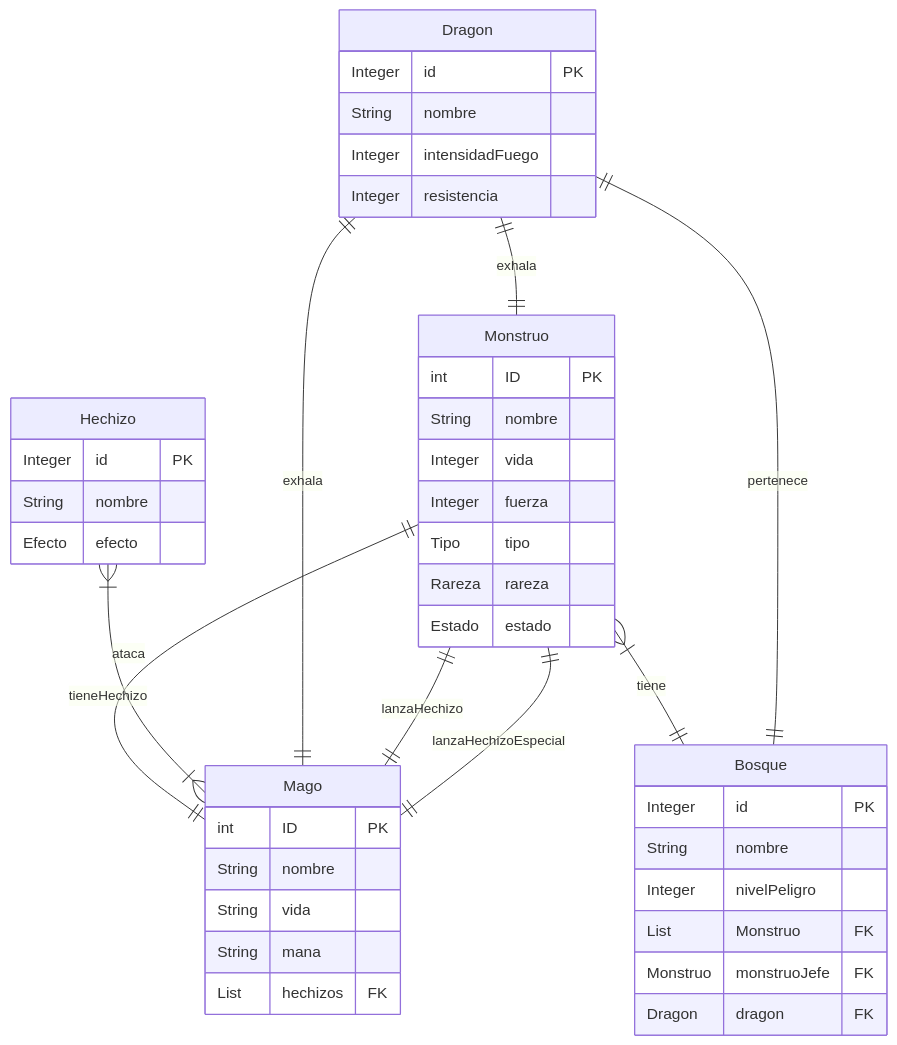
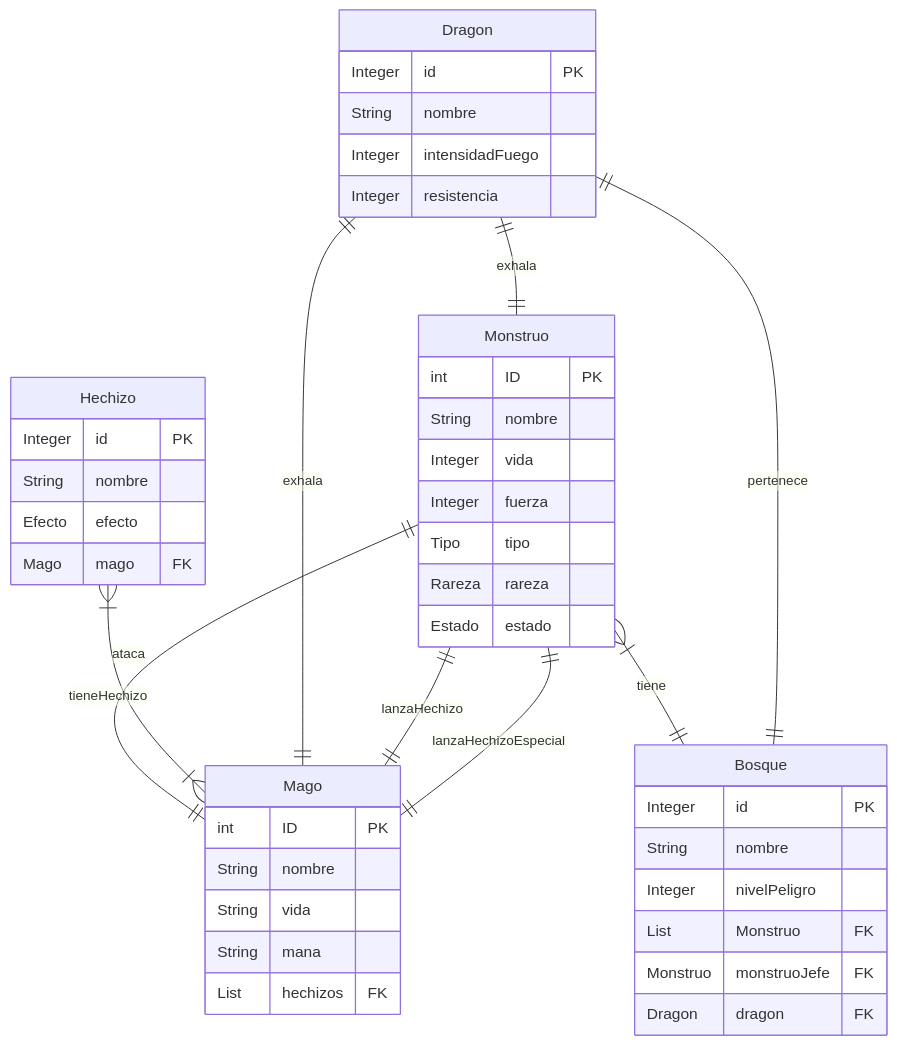
One commit to Manuel-SanClemente/Dragolandia---Extendido changed the second of 2 diagrams in README.md. Above: the diagram before and after it, drawn with Mermaid. The commit also changed other lines of this file, not shown here.

````diff
--- a/README.md
+++ b/README.md
@@ -134,52 +141,53 @@
 ```mermaid
 erDiagram
     Monstruo }|--|| Bosque : tiene
     Mago ||--|| Monstruo : lanzaHechizo
     Mago ||--|| Monstruo : lanzaHechizoEspecial
     Monstruo ||--|| Mago : ataca
     Hechizo }|--|{ Mago : tieneHechizo
     Dragon ||--|| Mago: exhala
     Dragon ||--|| Monstruo: exhala
     Dragon ||--|| Bosque: pertenece
   
 
     Mago {
         int ID PK
         String nombre
         String vida
         String mana
         List hechizos FK
     }
 
     Hechizo {
         Integer id PK
         String nombre
         Efecto efecto
+        Mago mago FK
     }
 
     Monstruo {
         int ID PK
         String nombre
         Integer vida
         Integer fuerza
         Tipo tipo
         Rareza rareza
         Estado estado
     }
 
     Dragon {
         Integer id PK
         String nombre
         Integer intensidadFuego
         Integer resistencia
     }
 
     Bosque {
         Integer id PK
         String nombre
         Integer nivelPeligro
         List Monstruo FK
         Monstruo monstruoJefe FK
         Dragon dragon FK
     }
 ```
````
